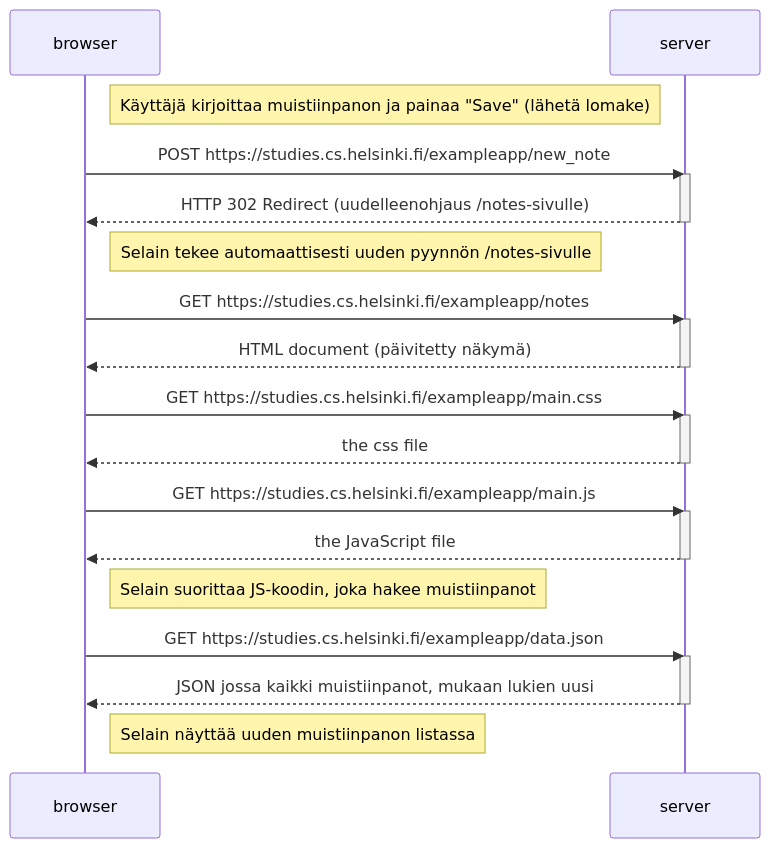
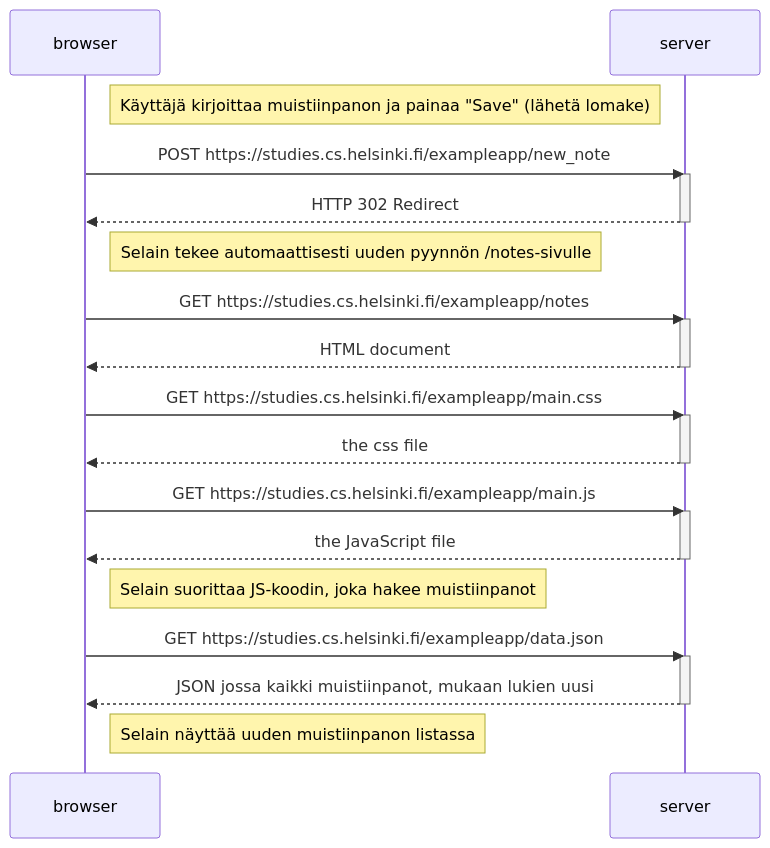
The diagram in tehtava0.4.md (viljonaattori/Osio__0), drawn with Mermaid before and after one commit. The commit also changed 2 other files, not shown here.

Commit message:
Osion 0 tehtävät tehty

````diff
--- a/tehtava0.4.md
+++ b/tehtava0.4.md
@@ -1,38 +1,38 @@
 ```mermaid
 sequenceDiagram
 participant browser
 participant server
 
     Note right of browser: Käyttäjä kirjoittaa muistiinpanon ja painaa "Save" (lähetä lomake)
 
     browser->>server: POST https://studies.cs.helsinki.fi/exampleapp/new_note
     activate server
-    server-->>browser: HTTP 302 Redirect (uudelleenohjaus /notes-sivulle)
+    server-->>browser: HTTP 302 Redirect
     deactivate server
 
     Note right of browser: Selain tekee automaattisesti uuden pyynnön /notes-sivulle
 
     browser->>server: GET https://studies.cs.helsinki.fi/exampleapp/notes
     activate server
-    server-->>browser: HTML document (päivitetty näkymä)
+    server-->>browser: HTML document
     deactivate server
 
     browser->>server: GET https://studies.cs.helsinki.fi/exampleapp/main.css
     activate server
     server-->>browser: the css file
     deactivate server
 
     browser->>server: GET https://studies.cs.helsinki.fi/exampleapp/main.js
     activate server
     server-->>browser: the JavaScript file
     deactivate server
 
     Note right of browser: Selain suorittaa JS-koodin, joka hakee muistiinpanot
 
     browser->>server: GET https://studies.cs.helsinki.fi/exampleapp/data.json
     activate server
     server-->>browser: JSON jossa kaikki muistiinpanot, mukaan lukien uusi
     deactivate server
 
     Note right of browser: Selain näyttää uuden muistiinpanon listassa
 ```
````
